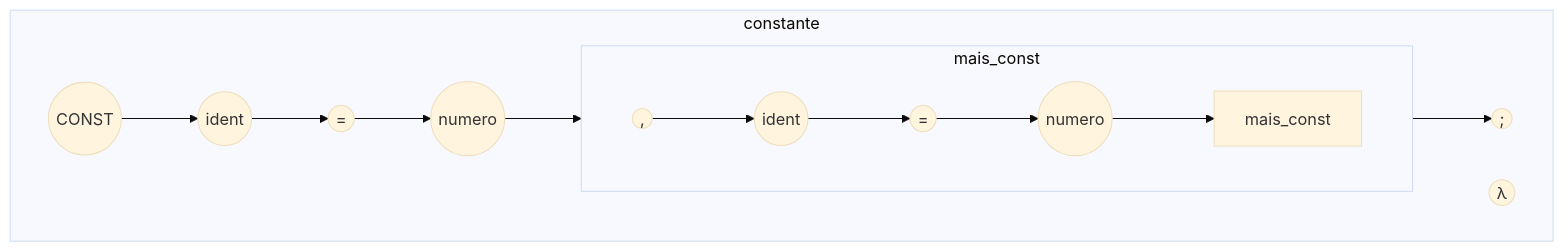
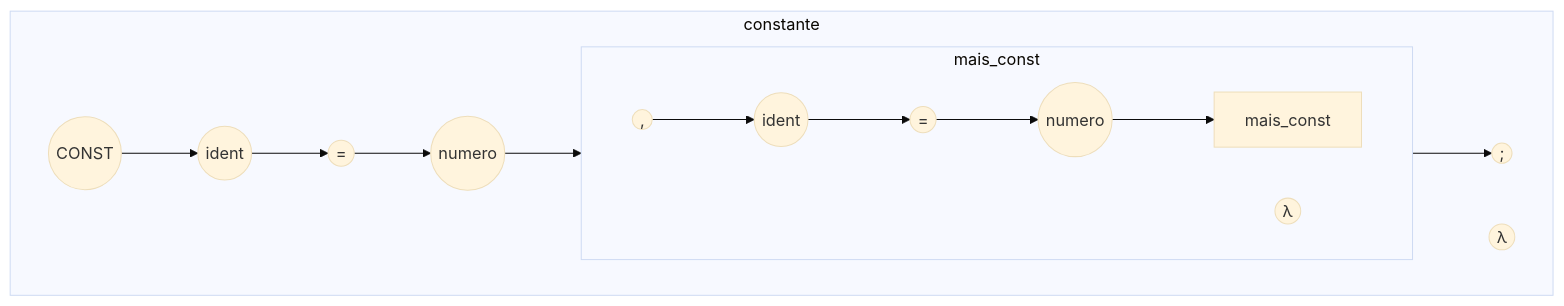
The third of 10 diagrams in Analisador_sitatico/README.md (butterbr4/Compiladores), drawn with Mermaid (base theme) before and after one commit. The commit also changed other lines of this file and 9 other files, not shown here.

````diff
--- a/Analisador_sitatico/README.md
+++ b/Analisador_sitatico/README.md
@@ -63,15 +63,15 @@
 ```mermaid
     graph LR;
 
     subgraph constante
         direction LR
         const((CONST)) --> ident((ident)) --> igual((=)) --> numero((numero)) --> mais_const --> ponto_virg((;))
         lambda(("λ"))
     end
 
     subgraph mais_const
         direction LR
         virgula((,)) --> ident2((ident)) --> igual2((=)) --> numero2((numero)) --> mais_const2[mais_const] 
-        lambda(("λ"))
+        lambda1(("λ"))
     end
 ```
````
